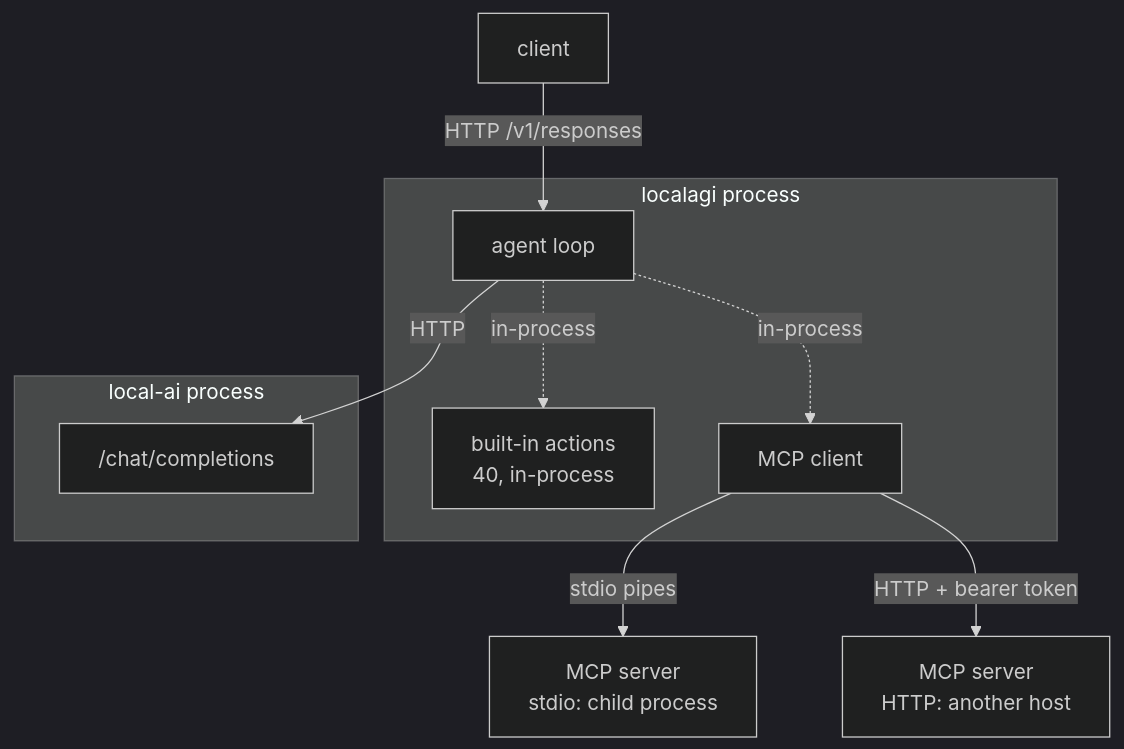
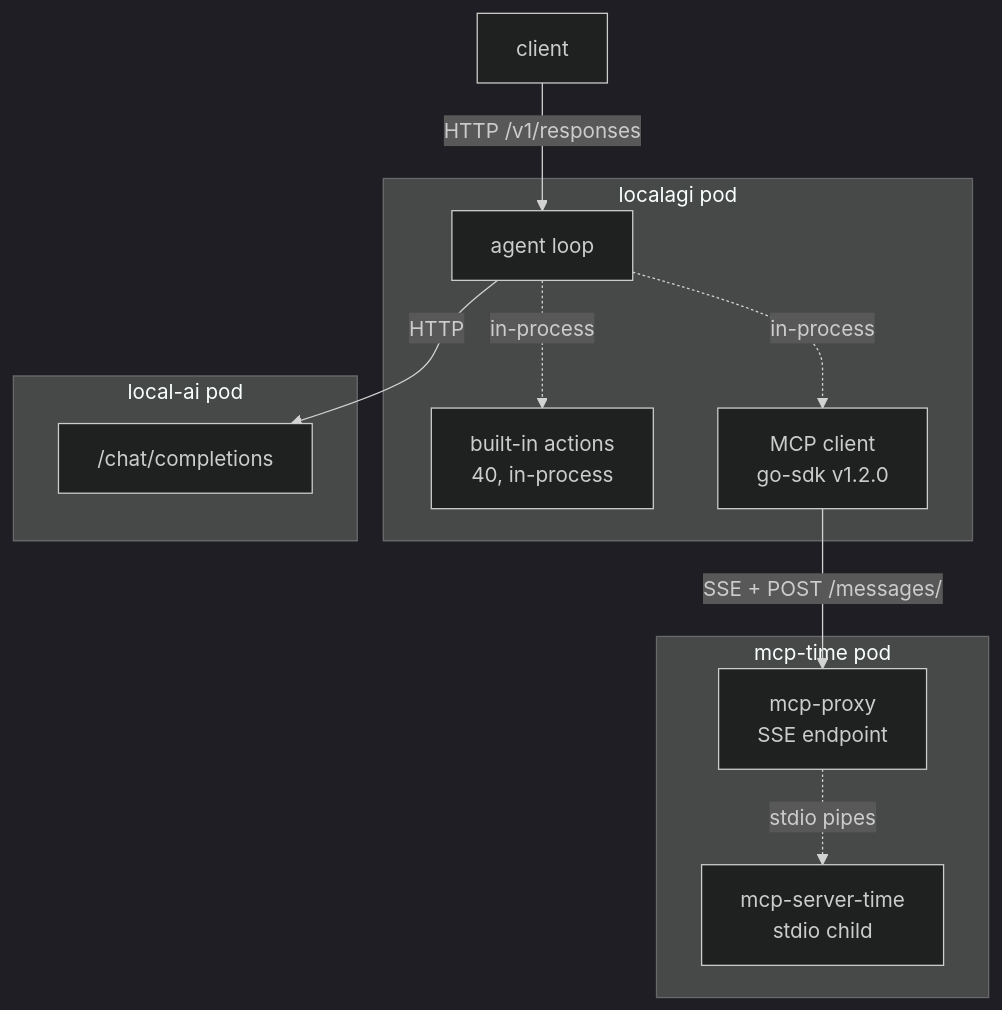
One commit to wrkode/local-ai-stack-handbook changed the first of 2 diagrams in docs/05-recipes/mcp-agent.md. Above: the diagram before and after it, drawn with Mermaid (dark theme). The commit also changed other lines of this file and 6 other files, not shown here.

````diff
--- a/docs/05-recipes/mcp-agent.md
+++ b/docs/05-recipes/mcp-agent.md
@@ -20,20 +20,22 @@
 ```mermaid
 flowchart TB
   U["client"]
-  subgraph AG["localagi process"]
+  subgraph AG["localagi pod"]
     LOOP["agent loop"]
     BI["built-in actions<br/>40, in-process"]
-    MC["MCP client"]
+    MC["MCP client<br/>go-sdk v1.2.0"]
   end
-  subgraph LAI["local-ai process"]
+  subgraph MT["mcp-time pod"]
+    PX["mcp-proxy<br/>SSE endpoint"]
+    TS["mcp-server-time<br/>stdio child"]
+  end
+  subgraph LAI["local-ai pod"]
     CHAT["/chat/completions"]
   end
-  M1["MCP server<br/>stdio: child process"]
-  M2["MCP server<br/>HTTP: another host"]
   U -->|"HTTP /v1/responses"| LOOP
   LOOP -.->|in-process| BI
   LOOP -.->|in-process| MC
-  MC -->|"stdio pipes"| M1
-  MC -->|"HTTP + bearer token"| M2
+  MC -->|"SSE + POST /messages/"| PX
+  PX -.->|"stdio pipes"| TS
   LOOP -->|"HTTP"| CHAT
 ```
````
